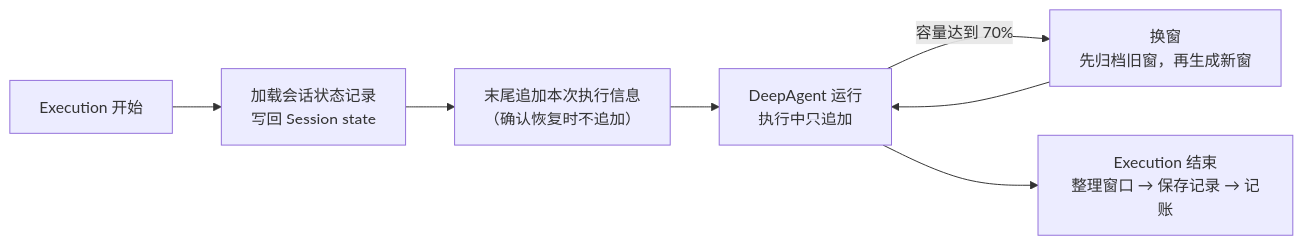
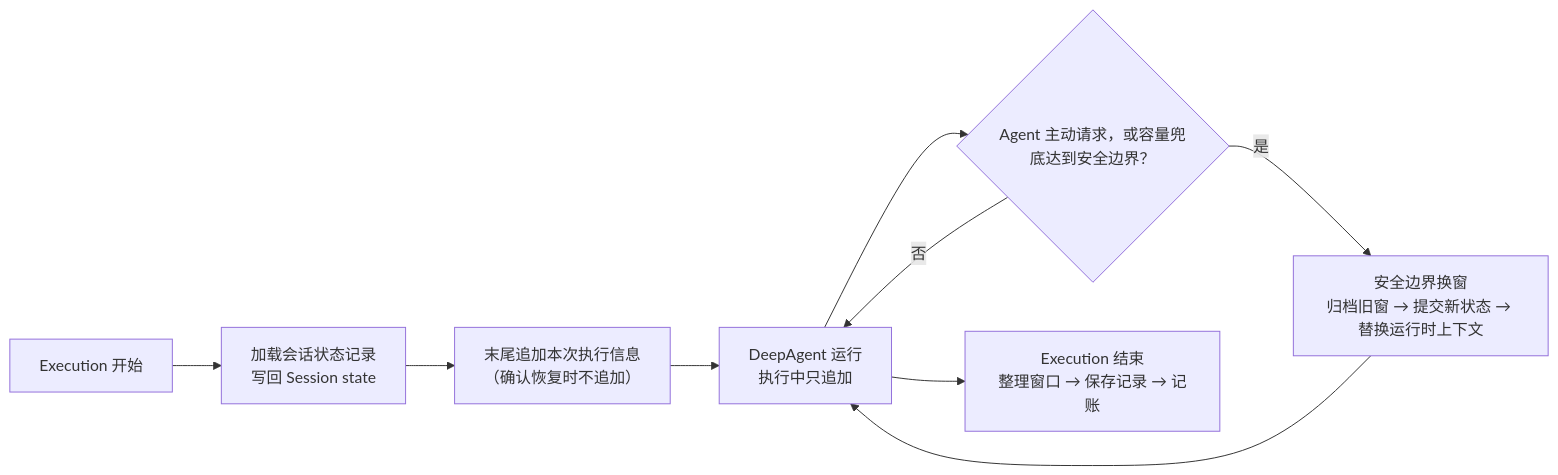
One commit to openJiuwen-ai/agent-core changed the second of 5 diagrams in openjiuwen/harness/persistent_agent/docs/designs/persistent-agent-architecture.md. Above: the diagram before and after it, drawn with Mermaid. The commit also changed other lines of this file and 19 other files, not shown here.

````diff
--- a/openjiuwen/harness/persistent_agent/docs/designs/persistent-agent-architecture.md
+++ b/openjiuwen/harness/persistent_agent/docs/designs/persistent-agent-architecture.md
@@ -345,9 +349,11 @@
 ```mermaid
 flowchart LR
     A["Execution 开始"] --> B["加载会话状态记录<br/>写回 Session state"]
     B --> C["末尾追加本次执行信息<br/>（确认恢复时不追加）"]
     C --> D["DeepAgent 运行<br/>执行中只追加"]
-    D -->|"容量达到 70%"| E["换窗<br/>先归档旧窗，再生成新窗"]
-    E --> D
-    D --> F["Execution 结束<br/>整理窗口 → 保存记录 → 记账"]
+    D --> E{"Agent 主动请求，或容量兜底达到安全边界？"}
+    E -- 否 --> D
+    E -- 是 --> F["安全边界换窗<br/>归档旧窗 → 提交新状态 → 替换运行时上下文"]
+    F --> D
+    D --> G["Execution 结束<br/>整理窗口 → 保存记录 → 记账"]
 ```
````
